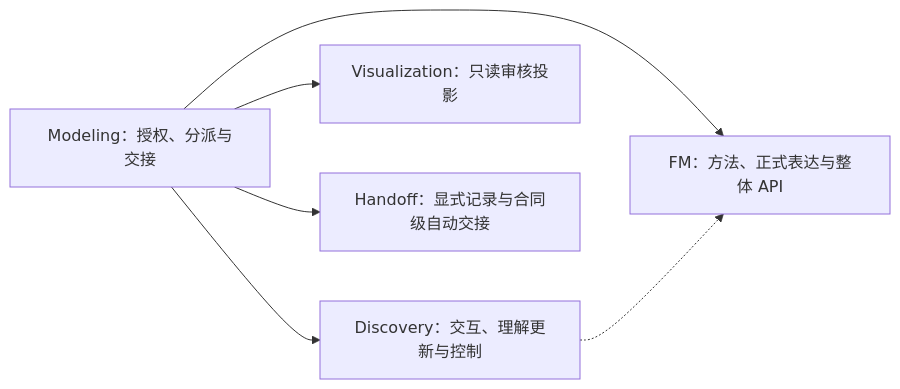
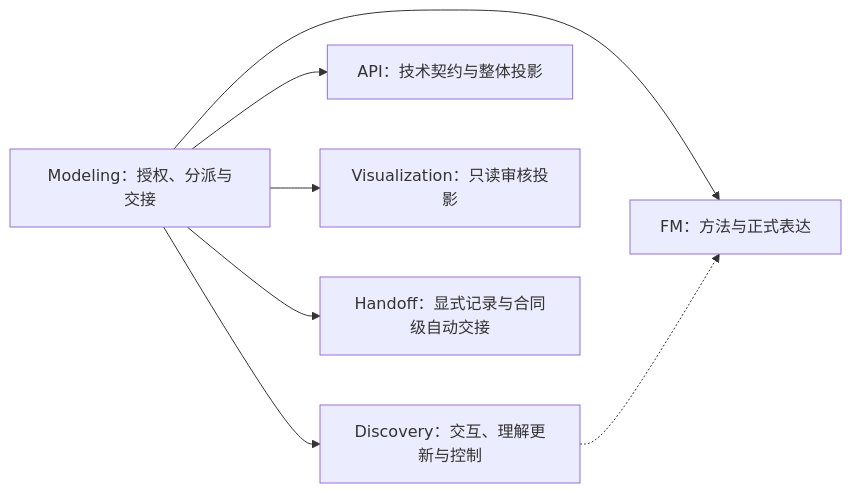
Before and after one commit to JayClock/Evidence-Framework: the first of 2 diagrams in .agents/skills/evidence-modeling/references/workflow.md, drawn with Mermaid. The commit also changed other lines of this file and 164 other files, not shown here.

````diff
--- a/.agents/skills/evidence-modeling/references/workflow.md
+++ b/.agents/skills/evidence-modeling/references/workflow.md
@@ -9,13 +9,15 @@
 ```mermaid
 flowchart LR
     modeling[Modeling：授权、分派与交接]
     discovery[Discovery：交互、理解更新与控制]
-    fm[FM：方法、正式表达与整体 API]
+    fm[FM：方法与正式表达]
+    api[API：技术契约与整体投影]
     visual[Visualization：只读审核投影]
     manual[Handoff：显式记录与合同级自动交接]
     modeling --> manual
     modeling --> discovery
     modeling --> fm
+    modeling --> api
     modeling --> visual
     discovery -.-> fm
 ```
````
